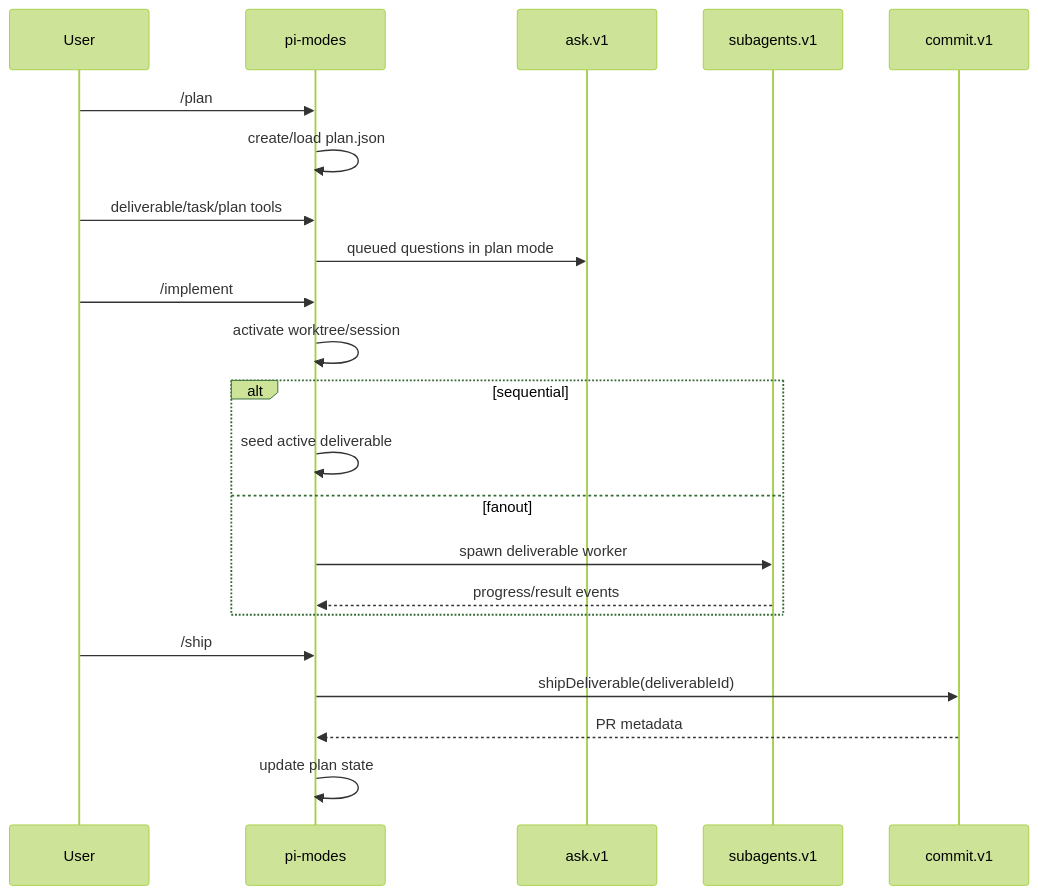
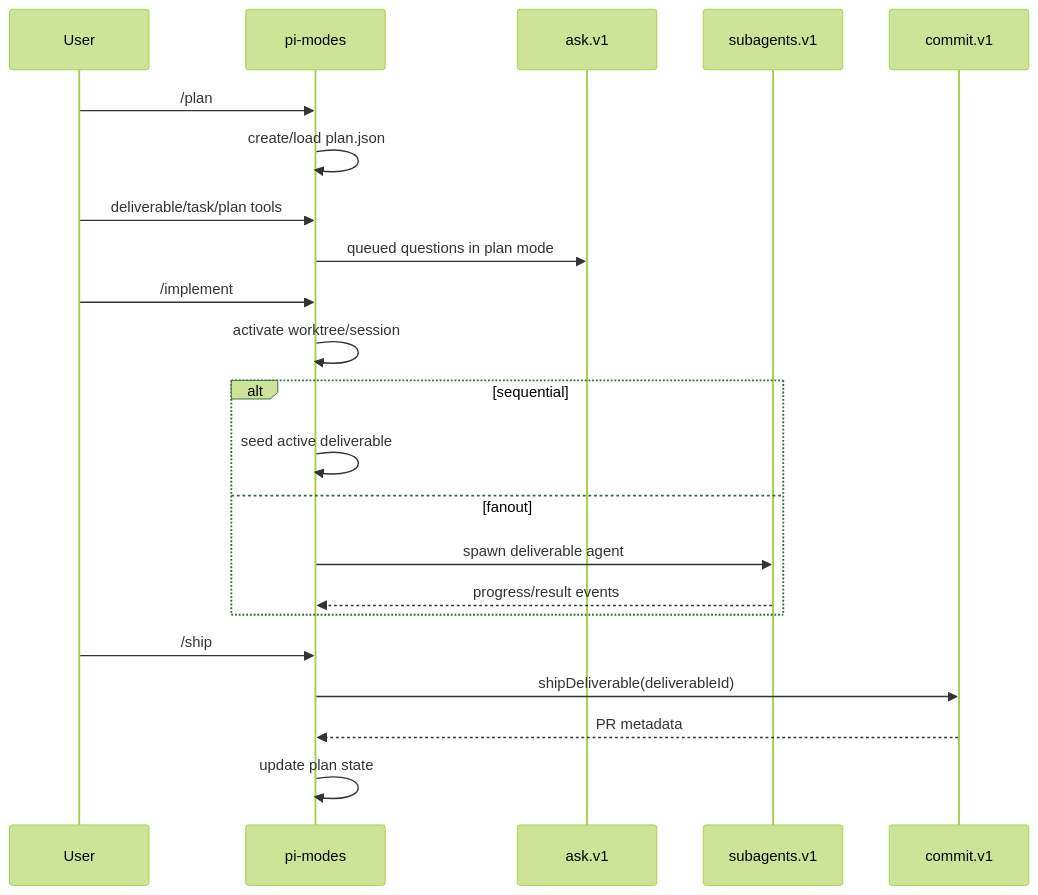
One commit to vegardx/pi-maestro changed the second of 2 diagrams in docs/architecture.md. Above: the diagram before and after it, drawn with Mermaid (forest theme). The commit also changed 47 other files, not shown here.

First line of the commit message:
refactor: rename orchestrator→maestro, worker→agent throughout

````diff
--- a/docs/architecture.md
+++ b/docs/architecture.md
@@ -103,25 +103,25 @@
 ```mermaid
 sequenceDiagram
 	participant User
 	participant Modes as pi-modes
 	participant Ask as ask.v1
 	participant Subs as subagents.v1
 	participant Commit as commit.v1
 
 	User->>Modes: /plan
 	Modes->>Modes: create/load plan.json
 	User->>Modes: deliverable/task/plan tools
 	Modes->>Ask: queued questions in plan mode
 	User->>Modes: /implement
 	Modes->>Modes: activate worktree/session
 	alt sequential
 		Modes->>Modes: seed active deliverable
 	else fanout
-		Modes->>Subs: spawn deliverable worker
+		Modes->>Subs: spawn deliverable agent
 		Subs-->>Modes: progress/result events
 	end
 	User->>Modes: /ship
 	Modes->>Commit: shipDeliverable(deliverableId)
 	Commit-->>Modes: PR metadata
 	Modes->>Modes: update plan state
 ```
````
